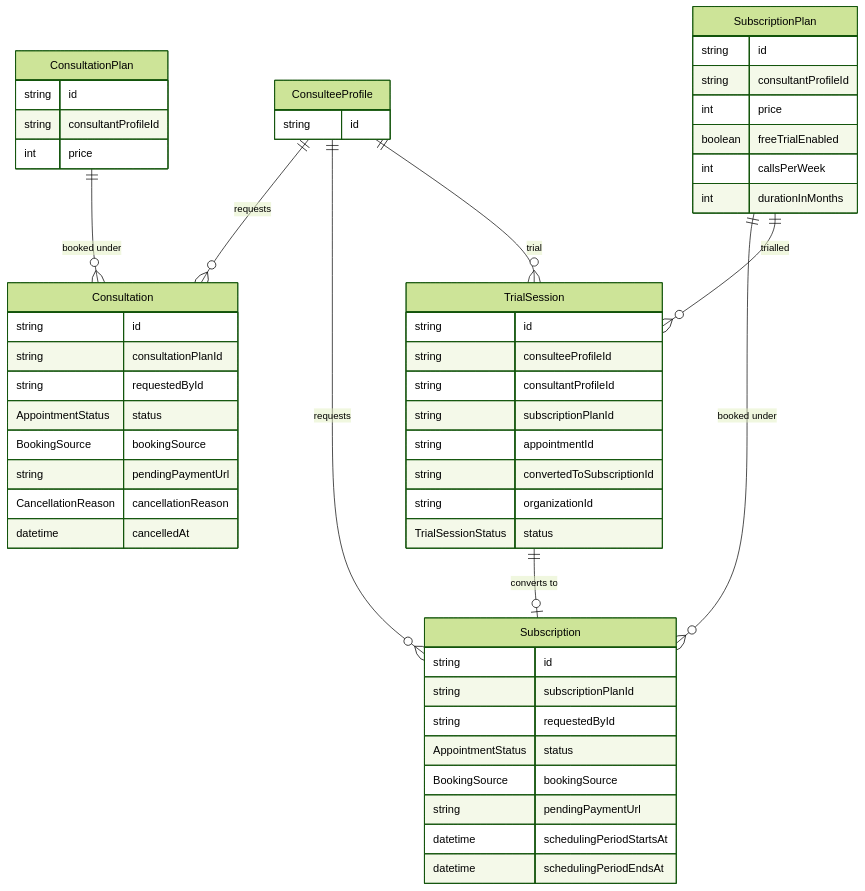
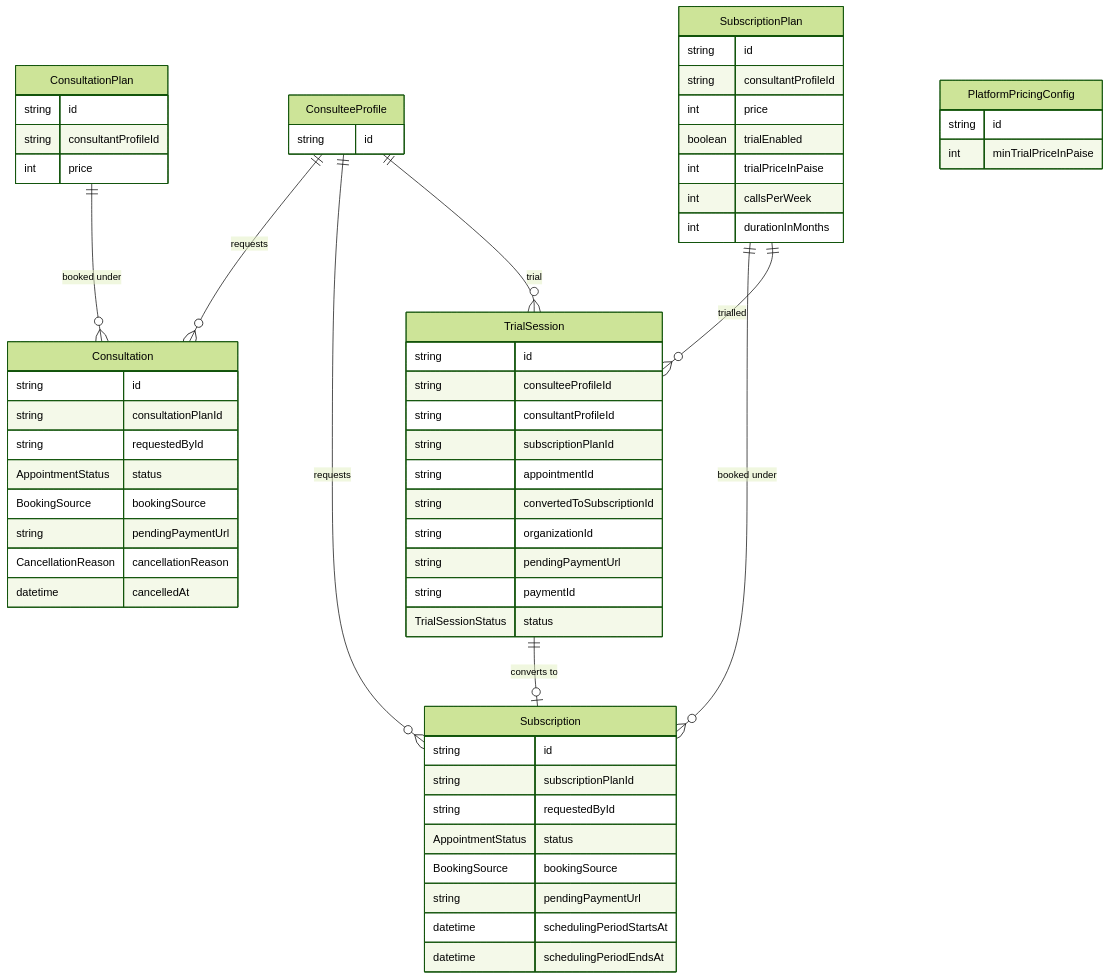
Before and after one commit to Practitionist/familiarise_web: the ninth of 24 diagrams in docs/prisma/schema-map.md, drawn with Mermaid (forest theme). The commit also changed other lines of this file and 46 other files, not shown here.

First line of the commit message:
feat(trials): neutral trials with per-plan pricing, platform floor, and paid-trial schema (#970)

````diff
--- a/docs/prisma/schema-map.md
+++ b/docs/prisma/schema-map.md
@@ -594,57 +595,64 @@
 ```mermaid
 erDiagram
     ConsulteeProfile {
         string id
     }
     ConsultationPlan {
         string id
         string consultantProfileId
         int price
     }
     Consultation {
         string id
         string consultationPlanId
         string requestedById
         AppointmentStatus status
         BookingSource bookingSource
         string pendingPaymentUrl
         CancellationReason cancellationReason
         datetime cancelledAt
     }
     SubscriptionPlan {
         string id
         string consultantProfileId
         int price
-        boolean freeTrialEnabled
+        boolean trialEnabled
+        int trialPriceInPaise
         int callsPerWeek
         int durationInMonths
     }
     Subscription {
         string id
         string subscriptionPlanId
         string requestedById
         AppointmentStatus status
         BookingSource bookingSource
         string pendingPaymentUrl
         datetime schedulingPeriodStartsAt
         datetime schedulingPeriodEndsAt
     }
     TrialSession {
         string id
         string consulteeProfileId
         string consultantProfileId
         string subscriptionPlanId
         string appointmentId
         string convertedToSubscriptionId
         string organizationId
+        string pendingPaymentUrl
+        string paymentId
         TrialSessionStatus status
+    }
+    PlatformPricingConfig {
+        string id
+        int minTrialPriceInPaise
     }
 
     ConsulteeProfile ||--o{ Consultation : "requests"
     ConsultationPlan ||--o{ Consultation : "booked under"
     ConsulteeProfile ||--o{ Subscription : "requests"
     SubscriptionPlan ||--o{ Subscription : "booked under"
     ConsulteeProfile ||--o{ TrialSession : "trial"
     SubscriptionPlan ||--o{ TrialSession : "trialled"
     TrialSession ||--o| Subscription : "converts to"
 ```
````
